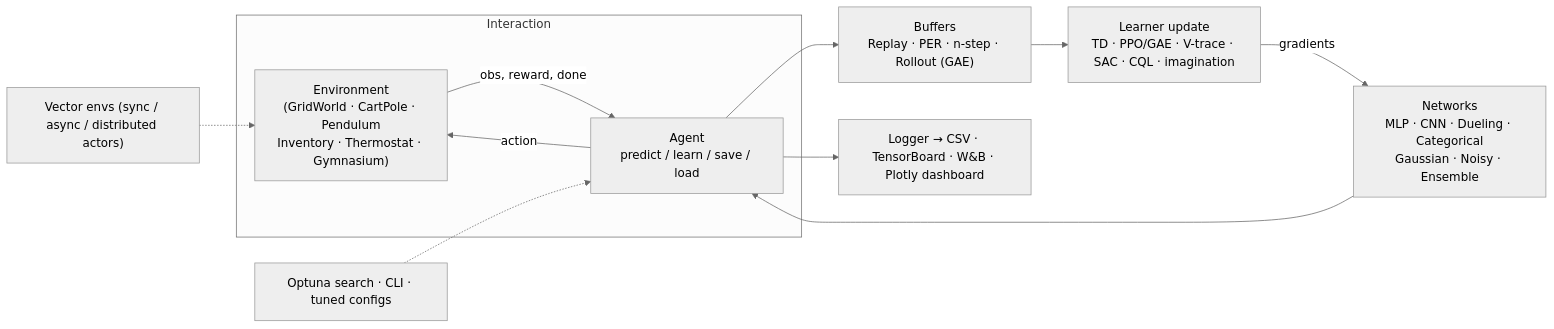
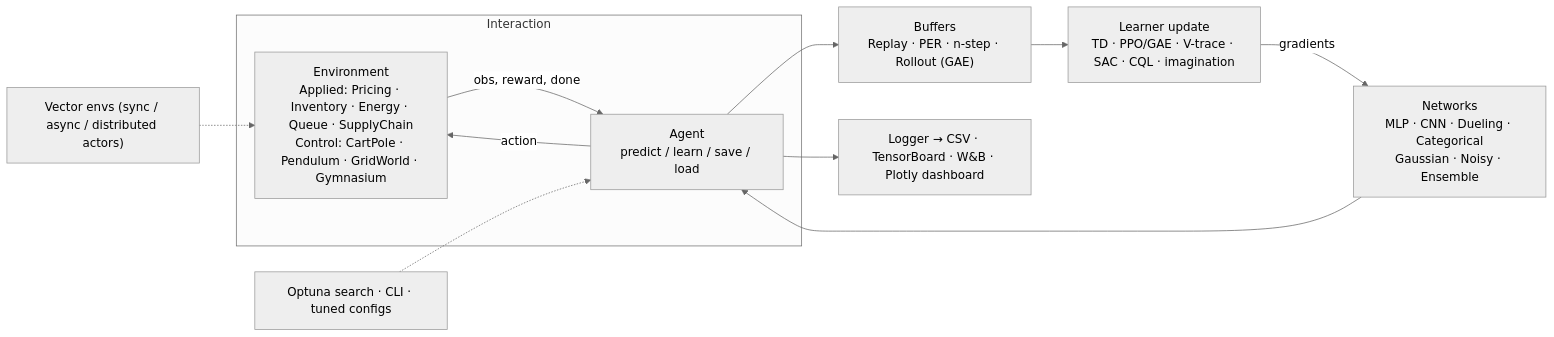
The first of 2 diagrams in README.md (DenisDrobyshev/decisionrl), drawn with Mermaid (neutral theme) before and after one commit. The commit also changed other lines of this file, not shown here.

First line of the commit message:
docs(readme): make README consistent with rename + applied-RL positioning

````diff
--- a/README.md
+++ b/README.md
@@ -65,17 +65,17 @@
 ```mermaid
 flowchart LR
     subgraph Interaction
-        Env["Environment<br/>(GridWorld · CartPole · Pendulum<br/>Inventory · Thermostat · Gymnasium)"]
+        Env["Environment<br/>Applied: Pricing · Inventory · Energy · Queue · SupplyChain<br/>Control: CartPole · Pendulum · GridWorld · Gymnasium"]
         Agent["Agent<br/>predict / learn / save / load"]
         Env -- "obs, reward, done" --> Agent
         Agent -- "action" --> Env
     end
     Agent --> Buf["Buffers<br/>Replay · PER · n-step · Rollout (GAE)"]
     Net["Networks<br/>MLP · CNN · Dueling · Categorical<br/>Gaussian · Noisy · Ensemble"] --> Agent
     Buf --> Learn["Learner update<br/>TD · PPO/GAE · V-trace · SAC · CQL · imagination"]
     Learn -- "gradients" --> Net
     Agent --> Log["Logger → CSV · TensorBoard · W&B · Plotly dashboard"]
 
     Vec["Vector envs (sync / async / distributed actors)"] -.-> Env
     Tune["Optuna search · CLI · tuned configs"] -.-> Agent
 ```
````
